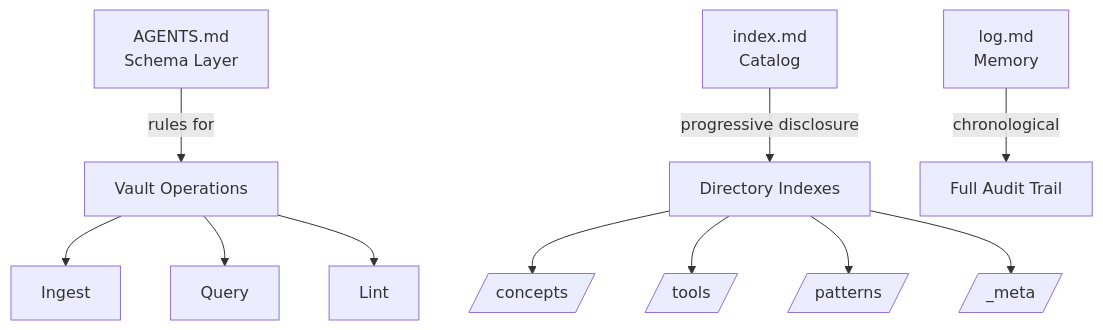
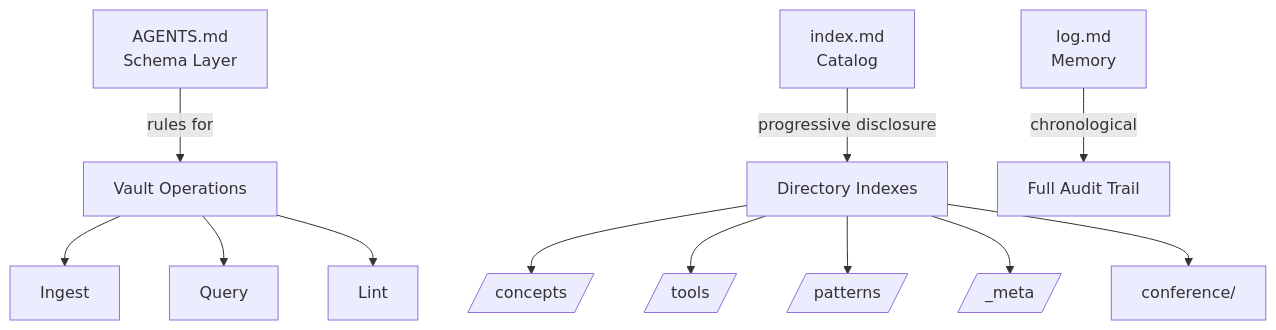
Before and after one commit to hencter/Nova: the diagram in index.md, drawn with Mermaid. The commit also changed other lines of this file and 30 other files, not shown here.

````diff
--- a/index.md
+++ b/index.md
@@ -22,15 +22,16 @@
 ```mermaid
 graph TD
     AGENTS[AGENTS.md<br/>Schema Layer] --> |rules for| VAULT[Vault Operations]
     IDX[index.md<br/>Catalog] --> |progressive disclosure| DIRS[Directory Indexes]
     LOG[log.md<br/>Memory] --> |chronological| HISTORY[Full Audit Trail]
 
     VAULT --> INGEST[Ingest]
     VAULT --> QUERY[Query]
     VAULT --> LINT[Lint]
 
     DIRS --> CONCEPTS[/concepts/]
     DIRS --> TOOLS[/tools/]
     DIRS --> PATTERNS[/patterns/]
     DIRS --> META[/_meta/]
+    DIRS --> CONF[conference/]
 ```
````
